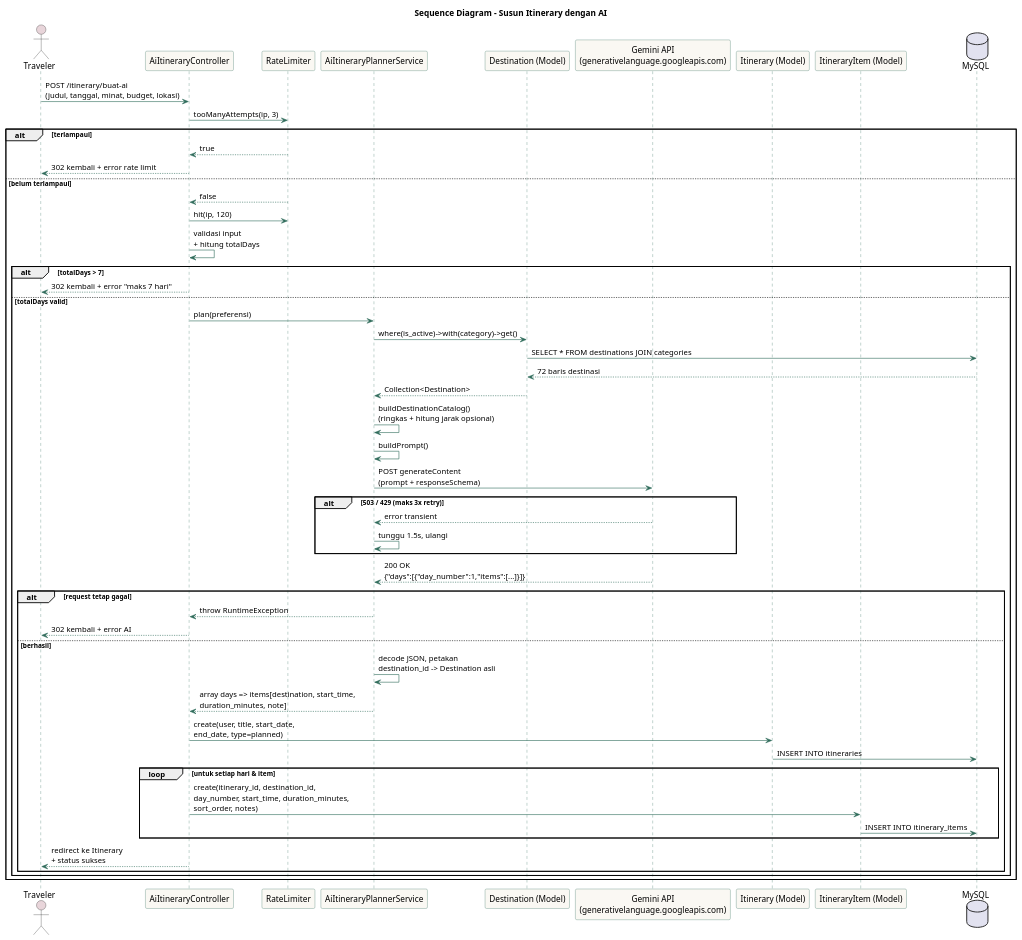
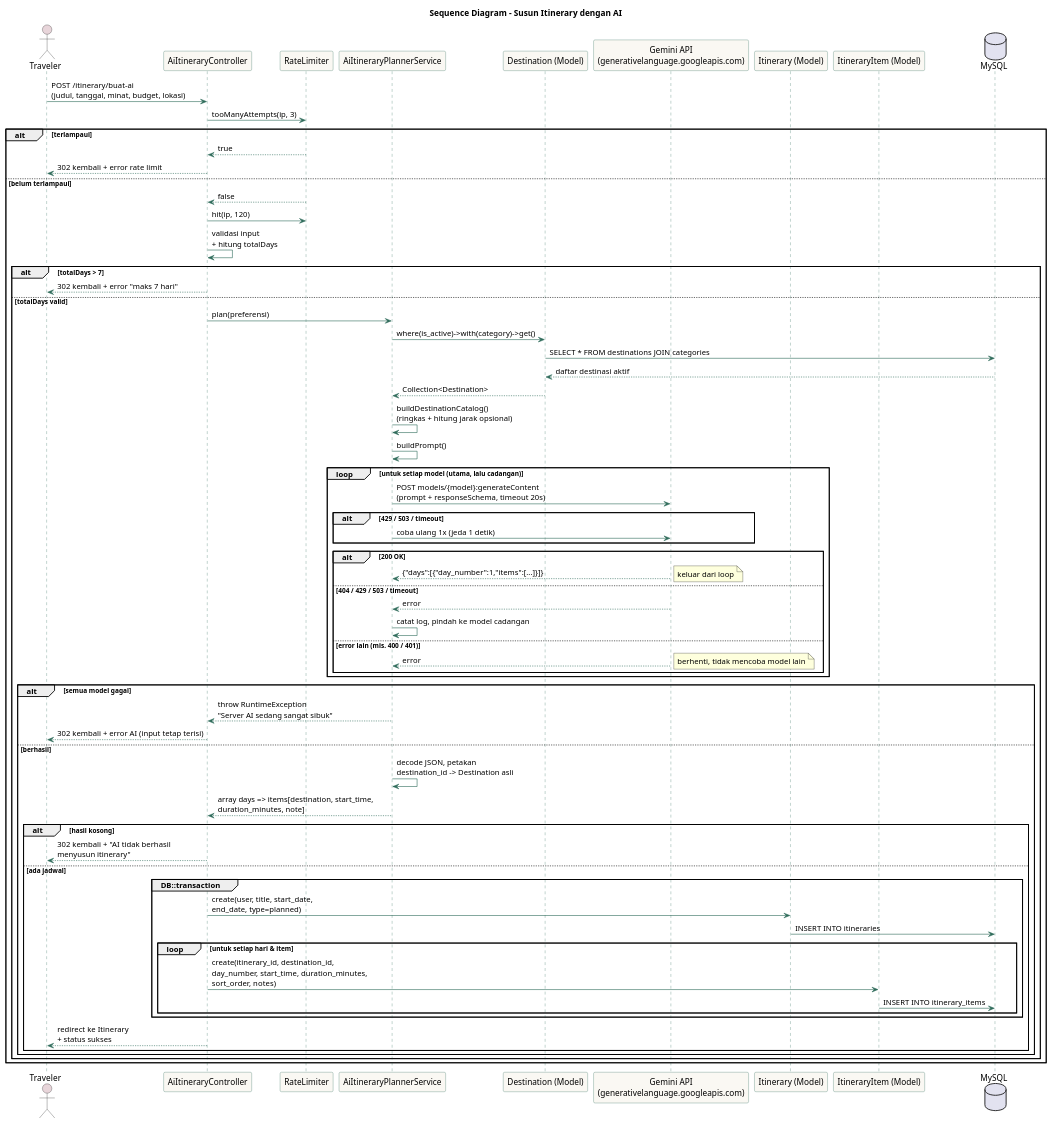
The diagram in docs/uml-plantuml/09-sequence-ai-itinerary.puml (anugrahhhhh/tripplane-jogja-itenary), drawn with PlantUML before and after one commit. The commit also changed 79 other files, not shown here.

First line of the commit message:
docs(uml): sync PlantUML diagrams with current system and split complex activity diagrams

```diff
--- a/docs/uml-plantuml/09-sequence-ai-itinerary.puml
+++ b/docs/uml-plantuml/09-sequence-ai-itinerary.puml
@@ -1,68 +1,83 @@
 @startuml 09-sequence-ai-itinerary
 title Sequence Diagram - Susun Itinerary dengan AI
 
 skinparam sequence {
   ArrowColor #2F6B5A
   LifeLineBorderColor #2F6B5A
   ParticipantBorderColor #2F6B5A
   ParticipantBackgroundColor #FAF8F3
   ActorBackgroundColor #E8D5DA
 }
 
 actor Traveler
 participant "AiItineraryController" as Ctrl
 participant "RateLimiter" as RL
 participant "AiItineraryPlannerService" as Planner
 participant "Destination (Model)" as Dest
 participant "Gemini API\n(generativelanguage.googleapis.com)" as Gemini
 participant "Itinerary (Model)" as Itin
 participant "ItineraryItem (Model)" as Item
 database "MySQL" as DB
 
 Traveler -> Ctrl : POST /itinerary/buat-ai\n(judul, tanggal, minat, budget, lokasi)
 Ctrl -> RL : tooManyAttempts(ip, 3)
 alt terlampaui
   RL --> Ctrl : true
   Ctrl --> Traveler : 302 kembali + error rate limit
 else belum terlampaui
   RL --> Ctrl : false
   Ctrl -> RL : hit(ip, 120)
   Ctrl -> Ctrl : validasi input\n+ hitung totalDays
   alt totalDays > 7
     Ctrl --> Traveler : 302 kembali + error "maks 7 hari"
   else totalDays valid
     Ctrl -> Planner : plan(preferensi)
     Planner -> Dest : where(is_active)->with(category)->get()
     Dest -> DB : SELECT * FROM destinations JOIN categories
-    DB --> Dest : 72 baris destinasi
+    DB --> Dest : daftar destinasi aktif
     Dest --> Planner : Collection<Destination>
     Planner -> Planner : buildDestinationCatalog()\n(ringkas + hitung jarak opsional)
     Planner -> Planner : buildPrompt()
 
-    Planner -> Gemini : POST generateContent\n(prompt + responseSchema)
-    alt 503 / 429 (maks 3x retry)
-      Gemini --> Planner : error transient
-      Planner -> Planner : tunggu 1.5s, ulangi
+    loop untuk setiap model (utama, lalu cadangan)
+      Planner -> Gemini : POST models/{model}:generateContent\n(prompt + responseSchema, timeout 20s)
+      alt 429 / 503 / timeout
+        Planner -> Gemini : coba ulang 1x (jeda 1 detik)
+      end
+      alt 200 OK
+        Gemini --> Planner : {"days":[{"day_number":1,"items":[...]}]}
+        note right : keluar dari loop
+      else 404 / 429 / 503 / timeout
+        Gemini --> Planner : error
+        Planner -> Planner : catat log, pindah ke model cadangan
+      else error lain (mis. 400 / 401)
+        Gemini --> Planner : error
+        note right : berhenti, tidak mencoba model lain
+      end
     end
-    Gemini --> Planner : 200 OK\n{"days":[{"day_number":1,"items":[...]}]}
 
-    alt request tetap gagal
-      Planner --> Ctrl : throw RuntimeException
-      Ctrl --> Traveler : 302 kembali + error AI
+    alt semua model gagal
+      Planner --> Ctrl : throw RuntimeException\n"Server AI sedang sangat sibuk"
+      Ctrl --> Traveler : 302 kembali + error AI (input tetap terisi)
     else berhasil
       Planner -> Planner : decode JSON, petakan\ndestination_id -> Destination asli
       Planner --> Ctrl : array days => items[destination, start_time,\nduration_minutes, note]
 
-      Ctrl -> Itin : create(user, title, start_date,\nend_date, type=planned)
-      Itin -> DB : INSERT INTO itineraries
-      loop untuk setiap hari & item
-        Ctrl -> Item : create(itinerary_id, destination_id,\nday_number, start_time, duration_minutes,\nsort_order, notes)
-        Item -> DB : INSERT INTO itinerary_items
+      alt hasil kosong
+        Ctrl --> Traveler : 302 kembali + "AI tidak berhasil\nmenyusun itinerary"
+      else ada jadwal
+        group DB::transaction
+          Ctrl -> Itin : create(user, title, start_date,\nend_date, type=planned)
+          Itin -> DB : INSERT INTO itineraries
+          loop untuk setiap hari & item
+            Ctrl -> Item : create(itinerary_id, destination_id,\nday_number, start_time, duration_minutes,\nsort_order, notes)
+            Item -> DB : INSERT INTO itinerary_items
+          end
+        end
+        Ctrl --> Traveler : redirect ke Itinerary\n+ status sukses
       end
-
-      Ctrl --> Traveler : redirect ke Itinerary\n+ status sukses
     end
   end
 end
 
 @enduml
```
